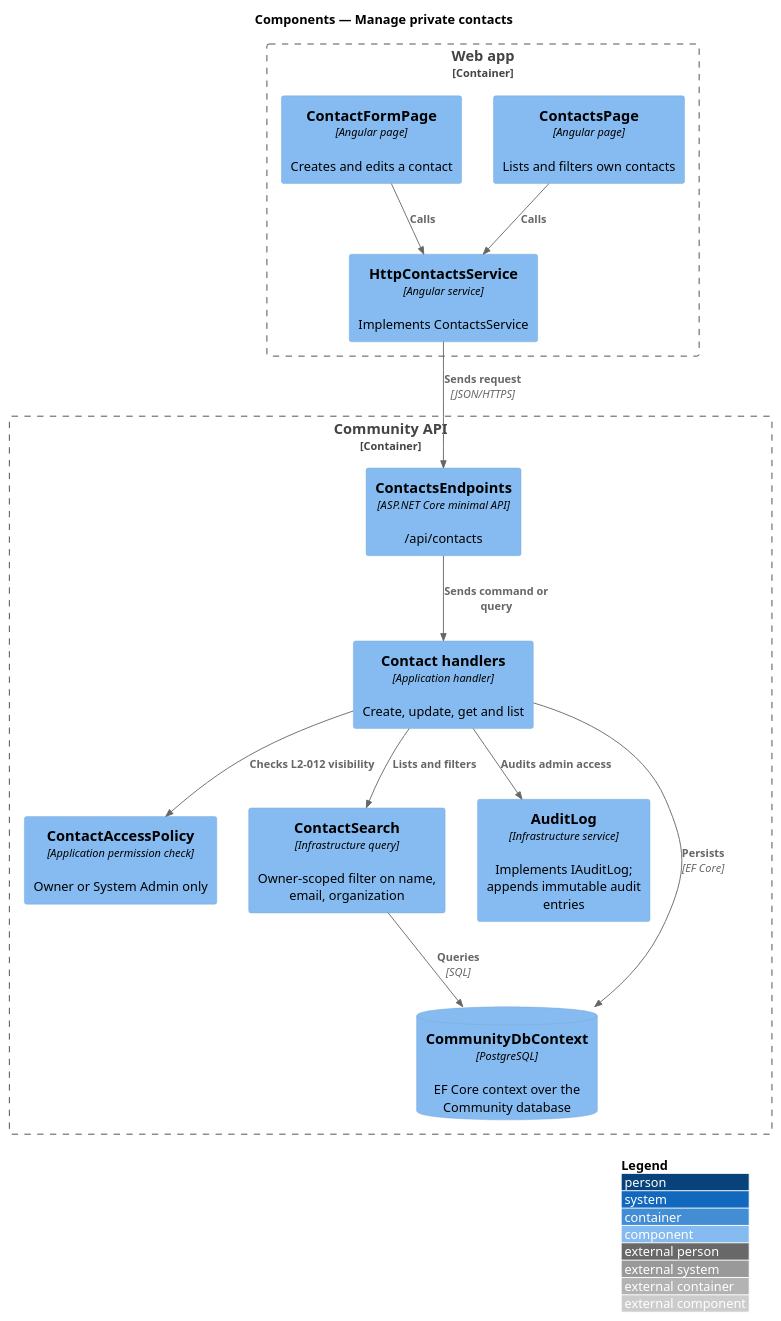
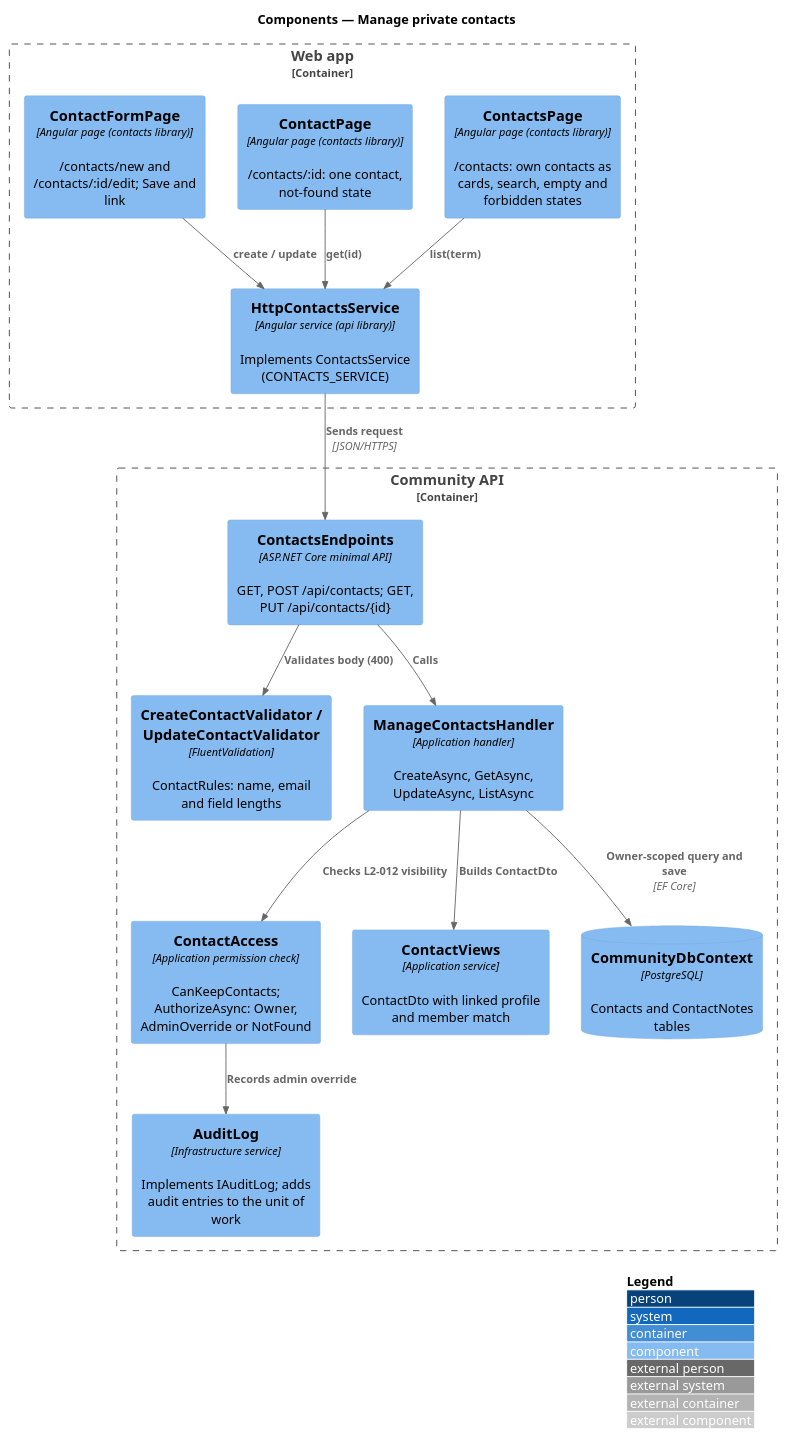
One commit to QuinntyneBrown/faithtech-community changed the diagram in docs/detailed-designs/contacts/manage-contacts/diagrams/c4-component.puml. Above: the diagram before and after it, drawn with PlantUML. The commit also changed 79 other files, not shown here.

First line of the commit message:
Align the contacts and partners designs and diagrams with the built code

```diff
--- a/docs/detailed-designs/contacts/manage-contacts/diagrams/c4-component.puml
+++ b/docs/detailed-designs/contacts/manage-contacts/diagrams/c4-component.puml
@@ -1,27 +1,30 @@
 @startuml
 !include <C4/C4_Component>
 LAYOUT_WITH_LEGEND()
 title Components — Manage private contacts
 Container_Boundary(web, "Web app") {
-  Component(list, "ContactsPage", "Angular page", "Lists and filters own contacts")
-  Component(form, "ContactFormPage", "Angular page", "Creates and edits a contact")
-  Component(svc, "HttpContactsService", "Angular service", "Implements ContactsService")
+  Component(list, "ContactsPage", "Angular page (contacts library)", "/contacts: own contacts as cards, search, empty and forbidden states")
+  Component(page, "ContactPage", "Angular page (contacts library)", "/contacts/:id: one contact, not-found state")
+  Component(form, "ContactFormPage", "Angular page (contacts library)", "/contacts/new and /contacts/:id/edit; Save and link")
+  Component(svc, "HttpContactsService", "Angular service (api library)", "Implements ContactsService (CONTACTS_SERVICE)")
 }
 Container_Boundary(api, "Community API") {
-  Component(ep, "ContactsEndpoints", "ASP.NET Core minimal API", "/api/contacts")
-  Component(h, "Contact handlers", "Application handler", "Create, update, get and list")
-  Component(pol, "ContactAccessPolicy", "Application permission check", "Owner or System Admin only")
-  Component(search, "ContactSearch", "Infrastructure query", "Owner-scoped filter on name, email, organization")
-  Component(audit, "AuditLog", "Infrastructure service", "Implements IAuditLog; appends immutable audit entries")
-  ComponentDb(db, "CommunityDbContext", "PostgreSQL", "EF Core context over the Community database")
+  Component(ep, "ContactsEndpoints", "ASP.NET Core minimal API", "GET, POST /api/contacts; GET, PUT /api/contacts/{id}")
+  Component(val, "CreateContactValidator / UpdateContactValidator", "FluentValidation", "ContactRules: name, email and field lengths")
+  Component(h, "ManageContactsHandler", "Application handler", "CreateAsync, GetAsync, UpdateAsync, ListAsync")
+  Component(acc, "ContactAccess", "Application permission check", "CanKeepContacts; AuthorizeAsync: Owner, AdminOverride or NotFound")
+  Component(views, "ContactViews", "Application service", "ContactDto with linked profile and member match")
+  Component(audit, "AuditLog", "Infrastructure service", "Implements IAuditLog; adds audit entries to the unit of work")
+  ComponentDb(db, "CommunityDbContext", "PostgreSQL", "Contacts and ContactNotes tables")
 }
-Rel(list, svc, "Calls")
-Rel(form, svc, "Calls")
+Rel(list, svc, "list(term)")
+Rel(page, svc, "get(id)")
+Rel(form, svc, "create / update")
 Rel(svc, ep, "Sends request", "JSON/HTTPS")
-Rel(ep, h, "Sends command or query")
-Rel(h, pol, "Checks L2-012 visibility")
-Rel(h, search, "Lists and filters")
-Rel(h, audit, "Audits admin access")
-Rel(h, db, "Persists", "EF Core")
-Rel(search, db, "Queries", "SQL")
+Rel(ep, val, "Validates body (400)")
+Rel(ep, h, "Calls")
+Rel(h, acc, "Checks L2-012 visibility")
+Rel(h, views, "Builds ContactDto")
+Rel(acc, audit, "Records admin override")
+Rel(h, db, "Owner-scoped query and save", "EF Core")
 @enduml
```
